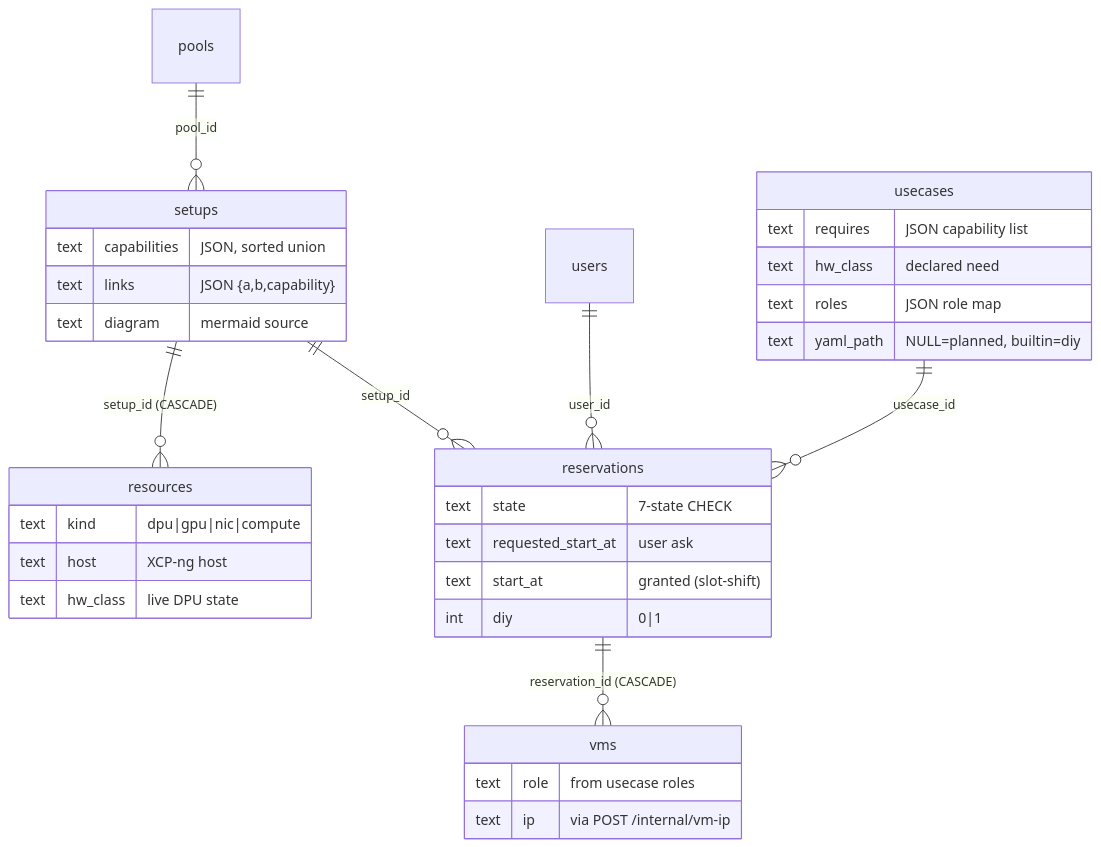
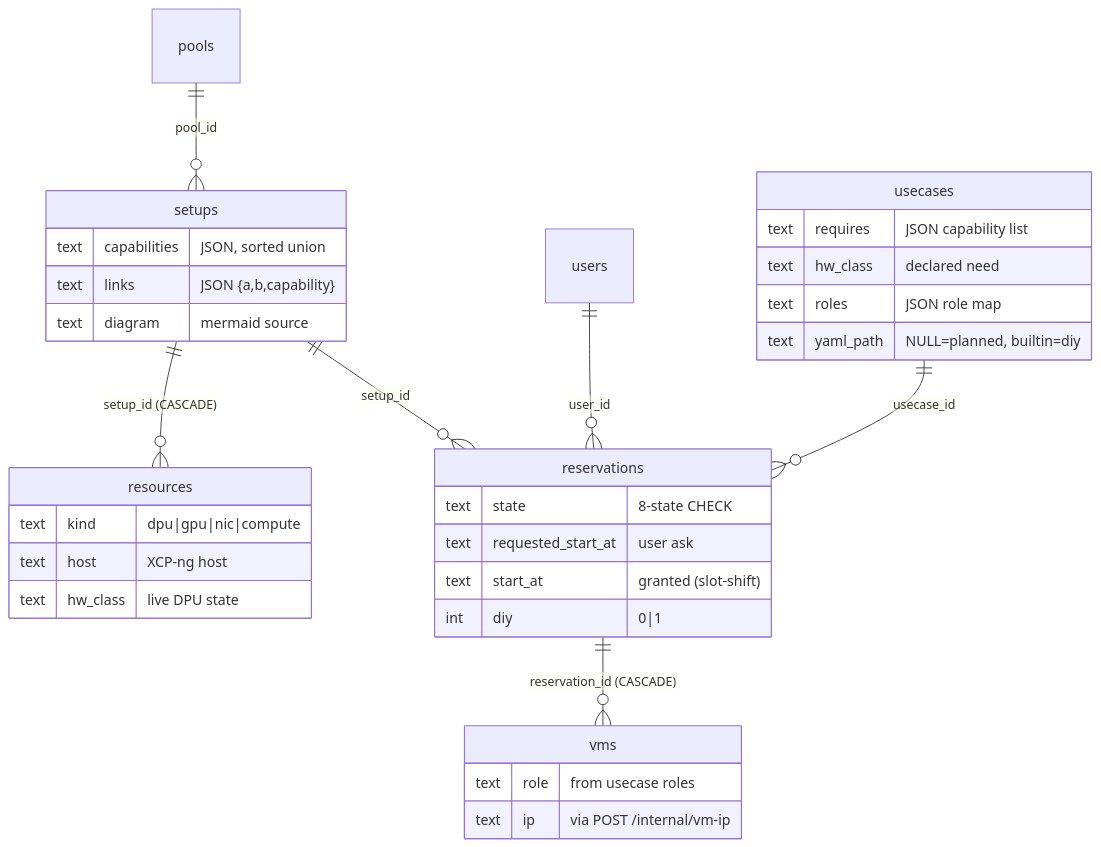
One commit to hrushikesh-sam/dao-lab-selfserve changed the diagram in plan/01-domain-model.md. Above: the diagram before and after it, drawn with Mermaid. The commit also changed other lines of this file and 17 other files, not shown here.

````diff
--- a/plan/01-domain-model.md
+++ b/plan/01-domain-model.md
@@ -17,36 +17,36 @@
 ```mermaid
 erDiagram
     pools ||--o{ setups : "pool_id"
     setups ||--o{ resources : "setup_id (CASCADE)"
     users ||--o{ reservations : "user_id"
     usecases ||--o{ reservations : "usecase_id"
     setups ||--o{ reservations : "setup_id"
     reservations ||--o{ vms : "reservation_id (CASCADE)"
 
     setups {
         text capabilities "JSON, sorted union"
         text links "JSON {a,b,capability}"
         text diagram "mermaid source"
     }
     resources {
         text kind "dpu|gpu|nic|compute"
         text host "XCP-ng host"
         text hw_class "live DPU state"
     }
     usecases {
         text requires "JSON capability list"
         text hw_class "declared need"
         text roles "JSON role map"
         text yaml_path "NULL=planned, builtin=diy"
     }
     reservations {
-        text state "7-state CHECK"
+        text state "8-state CHECK"
         text requested_start_at "user ask"
         text start_at "granted (slot-shift)"
         int diy "0|1"
     }
     vms {
         text role "from usecase roles"
         text ip "via POST /internal/vm-ip"
     }
 ```
````
